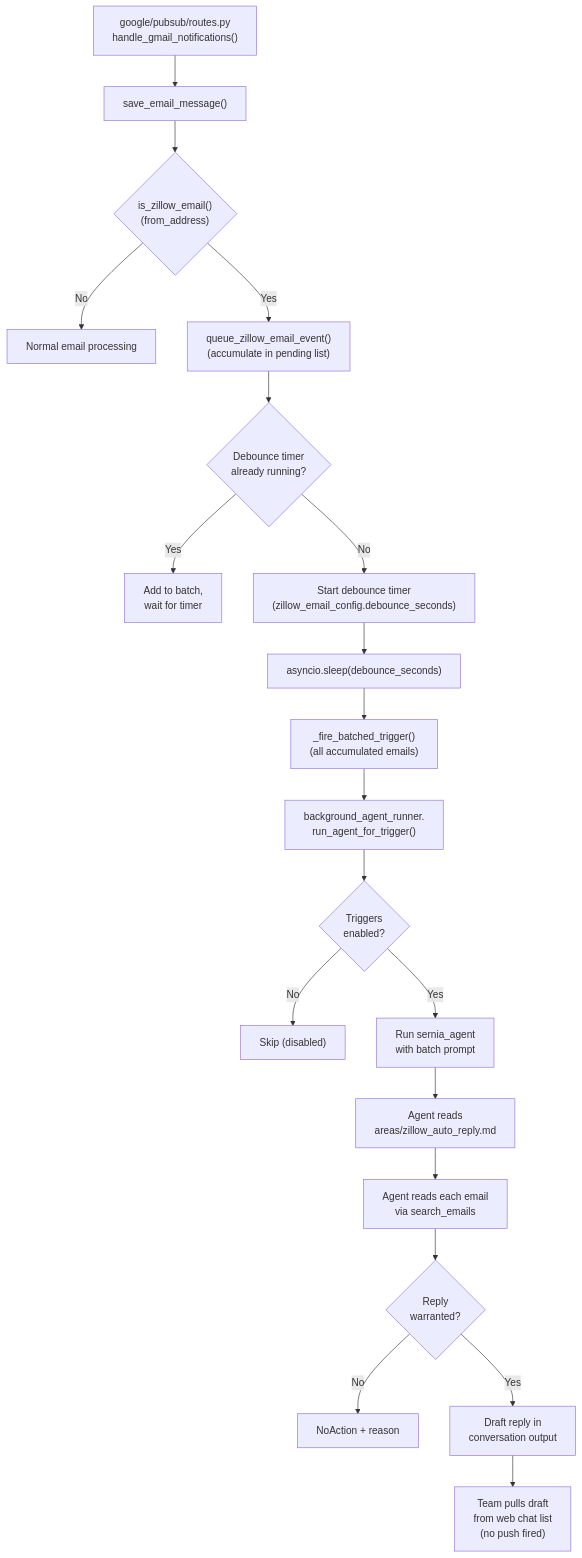
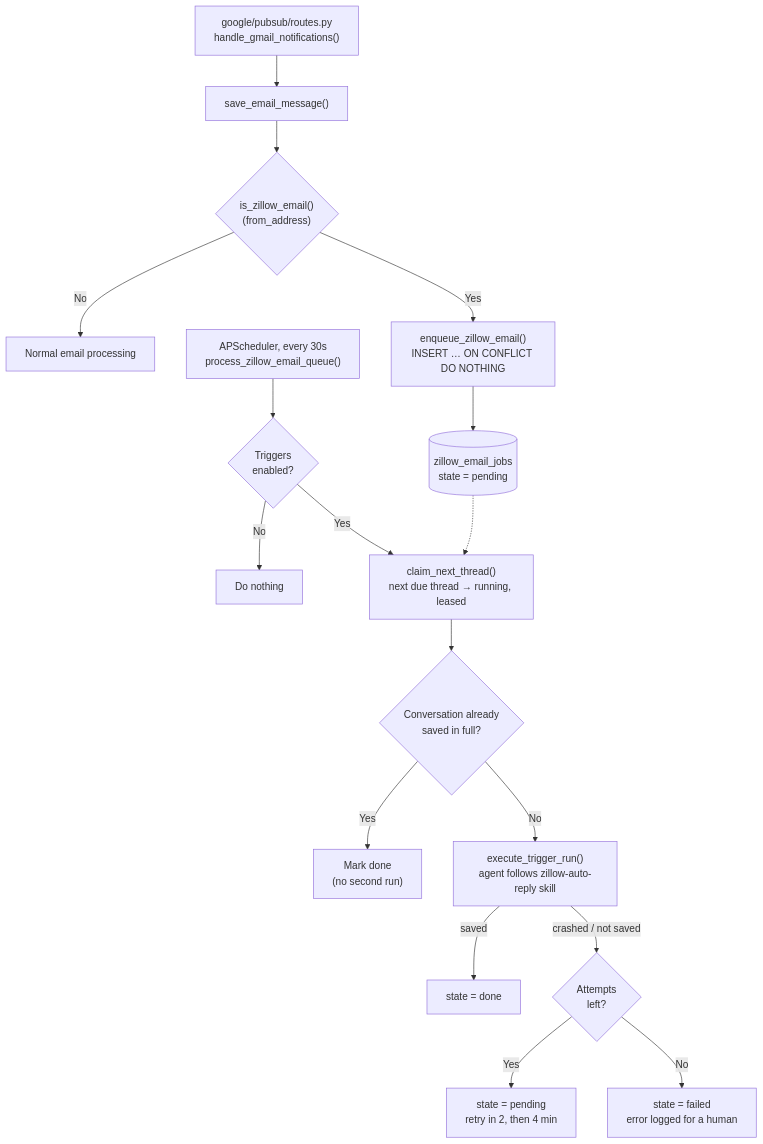
One commit to EmilioEsposito/portfolio changed the fourth of 4 diagrams in api/src/sernia_ai/triggers/README.md. Above: the diagram before and after it, drawn with Mermaid. The commit also changed other lines of this file and 10 other files, not shown here.

First line of the commit message:
Make the Zillow email trigger a durable queue

````diff
--- a/api/src/sernia_ai/triggers/README.md
+++ b/api/src/sernia_ai/triggers/README.md
@@ -129,26 +130,20 @@
 ```mermaid
 flowchart TD
     PUBSUB["google/pubsub/routes.py<br/>handle_gmail_notifications()"] --> SAVE["save_email_message()"]
     SAVE --> CHECK{"is_zillow_email()<br/>(from_address)"}
     CHECK -->|No| DONE["Normal email processing"]
-    CHECK -->|Yes| QUEUE["queue_zillow_email_event()<br/>(accumulate in pending list)"]
+    CHECK -->|Yes| ENQ["enqueue_zillow_email()<br/>INSERT … ON CONFLICT DO NOTHING"]
+    ENQ --> ROW[("zillow_email_jobs<br/>state = pending")]
 
-    QUEUE --> PENDING{"Debounce timer<br/>already running?"}
-    PENDING -->|Yes| BATCH["Add to batch,<br/>wait for timer"]
-    PENDING -->|No| TIMER["Start debounce timer<br/>(zillow_email_config.debounce_seconds)"]
-
-    TIMER --> SLEEP["asyncio.sleep(debounce_seconds)"]
-    SLEEP --> FIRE["_fire_batched_trigger()<br/>(all accumulated emails)"]
-
-    FIRE --> RUNNER["background_agent_runner.<br/>run_agent_for_trigger()"]
-    RUNNER --> ENABLED{"Triggers<br/>enabled?"}
-    ENABLED -->|No| SKIP["Skip (disabled)"]
-    ENABLED -->|Yes| AGENT["Run sernia_agent<br/>with batch prompt"]
-
-    AGENT --> GUIDE["Agent reads<br/>areas/zillow_auto_reply.md"]
-    GUIDE --> THREAD["Agent reads each email<br/>via search_emails"]
-    THREAD --> DECIDE{"Reply<br/>warranted?"}
-    DECIDE -->|No| NOACTION["NoAction + reason"]
-    DECIDE -->|Yes| DRAFT["Draft reply in<br/>conversation output"]
-    DRAFT --> REVIEW["Team pulls draft<br/>from web chat list<br/>(no push fired)"]
+    TICK["APScheduler, every 30s<br/>process_zillow_email_queue()"] --> ENABLED{"Triggers<br/>enabled?"}
+    ENABLED -->|No| IDLE["Do nothing"]
+    ENABLED -->|Yes| CLAIM["claim_next_thread()<br/>next due thread → running, leased"]
+    ROW -.-> CLAIM
+    CLAIM --> SEEN{"Conversation already<br/>saved in full?"}
+    SEEN -->|Yes| MARK["Mark done<br/>(no second run)"]
+    SEEN -->|No| RUN["execute_trigger_run()<br/>agent follows zillow-auto-reply skill"]
+    RUN -->|saved| OK["state = done"]
+    RUN -->|crashed / not saved| RETRY{"Attempts<br/>left?"}
+    RETRY -->|Yes| BACK["state = pending<br/>retry in 2, then 4 min"]
+    RETRY -->|No| DEAD["state = failed<br/>error logged for a human"]
 ```
````
